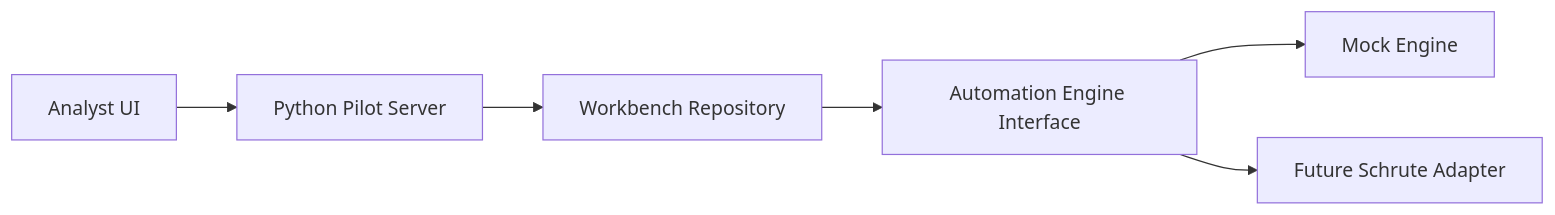
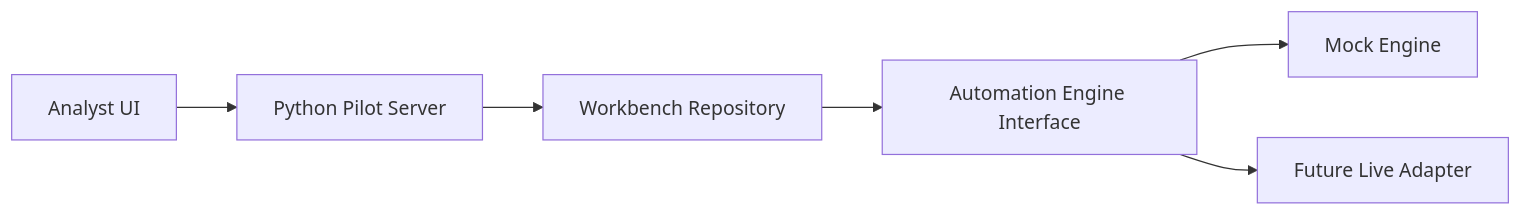
Before and after one commit to Rvnderdahiya/Ravender_compliance_workbench: the first of 2 diagrams in docs/architecture.md, drawn with Mermaid. The commit also changed other lines of this file and 5 other files, not shown here.

````diff
--- a/docs/architecture.md
+++ b/docs/architecture.md
@@ -9,8 +9,8 @@
 ```mermaid
 flowchart LR
     A["Analyst UI"] --> B["Python Pilot Server"]
     B --> C["Workbench Repository"]
     C --> D["Automation Engine Interface"]
     D --> E["Mock Engine"]
-    D --> F["Future Schrute Adapter"]
+    D --> F["Future Live Adapter"]
 ```
````
